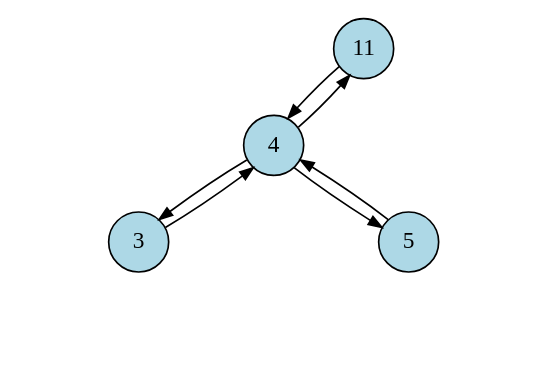
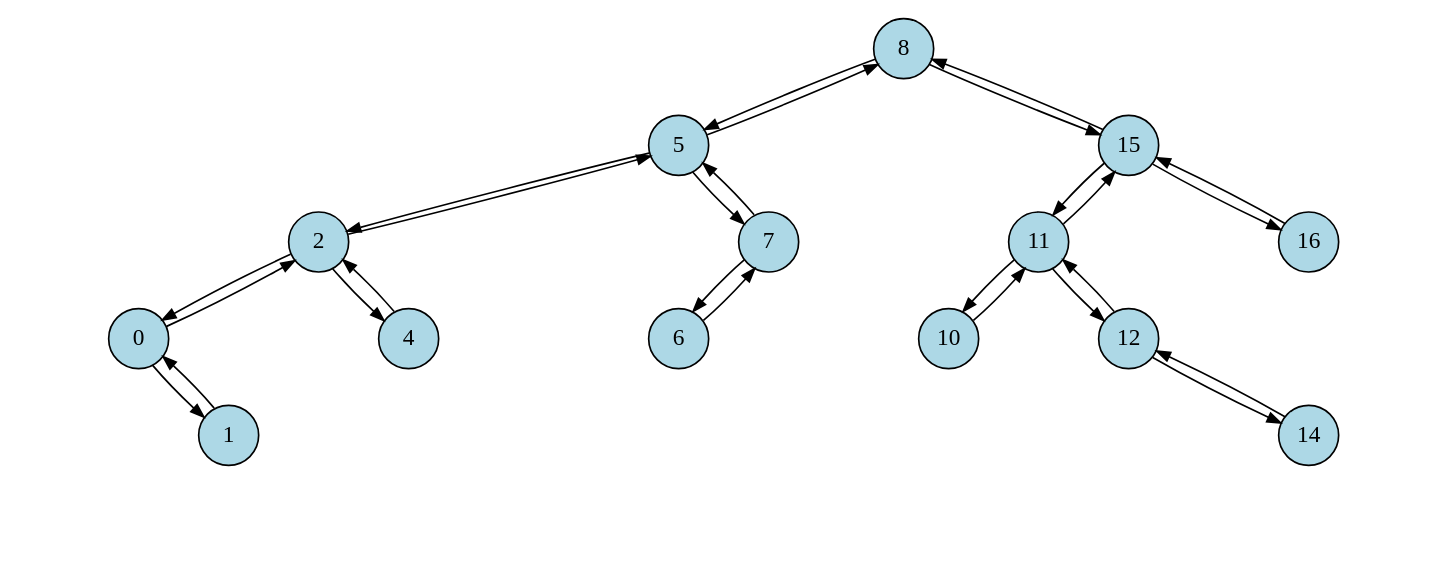
The diagram in kmom07/tree/tree.dot (mahlen007/oopython), drawn with Graphviz before and after one commit. The commit also changed 3 other files, not shown here.

```diff
--- a/kmom07/tree/tree.dot
+++ b/kmom07/tree/tree.dot
@@ -16,106 +16,356 @@
   color=black
 ];
 
-140350019338800 [
-  label="11"
+139757838205392 [
+  label="8"
 ];
-140350019338576 [
-  label="4"
+139757838205296 [
+  label="5"
 ];
-140350019338544 [
-  label="3"
+139757838205200 [
+  label="2"
 ];
-140350014342960 [
+139757838205136 [
+  label="0"
+];
+139757833530672 [
   label="i1"
   style="invis"
 ];
-140350014661872 [
+139757833531056 [
   label="i2"
   style="invis"
 ];
-140350014662192 [
+139757838205168 [
+  label="1"
+];
+139757833531632 [
   label="i3"
   style="invis"
 ];
-140350014662640 [
+139757833532016 [
   label="i4"
   style="invis"
 ];
-140350019338608 [
-  label="5"
-];
-140350014663216 [
+139757833532336 [
   label="i5"
   style="invis"
 ];
-140350014663536 [
+139757833532784 [
   label="i6"
   style="invis"
 ];
-140350014663856 [
+139757838205264 [
+  label="4"
+];
+139757833533360 [
   label="i7"
   style="invis"
 ];
-140350014664368 [
+139757833533744 [
   label="i8"
   style="invis"
 ];
-140350014664752 [
+139757833534064 [
   label="i9"
   style="invis"
 ];
-140350019338576 -> 140350019338800 [
+139757833534576 [
+  label="i10"
+  style="invis"
+];
+139757838205360 [
+  label="7"
+];
+139757838205328 [
+  label="6"
+];
+139757833535408 [
+  label="i11"
+  style="invis"
+];
+139757833585008 [
+  label="i12"
+  style="invis"
+];
+139757833585328 [
+  label="i13"
+  style="invis"
+];
+139757833585712 [
+  label="i14"
+  style="invis"
+];
+139757833586096 [
+  label="i15"
+  style="invis"
+];
+139757833586608 [
+  label="i16"
+  style="invis"
+];
+139757838205616 [
+  label="15"
+];
+139757838205488 [
+  label="11"
+];
+139757838205456 [
+  label="10"
+];
+139757833587696 [
+  label="i17"
+  style="invis"
+];
+139757833588080 [
+  label="i18"
+  style="invis"
+];
+139757833588400 [
+  label="i19"
+  style="invis"
+];
+139757833588784 [
+  label="i20"
+  style="invis"
+];
+139757838205520 [
+  label="12"
+];
+139757833589360 [
+  label="i21"
+  style="invis"
+];
+139757833589744 [
+  label="i22"
+  style="invis"
+];
+139757838205584 [
+  label="14"
+];
+139757833590256 [
+  label="i23"
+  style="invis"
+];
+139757833590640 [
+  label="i24"
+  style="invis"
+];
+139757833590960 [
+  label="i25"
+  style="invis"
+];
+139757833591600 [
+  label="i26"
+  style="invis"
+];
+139757838205648 [
+  label="16"
+];
+139757833592176 [
+  label="i27"
+  style="invis"
+];
+139757833592560 [
+  label="i28"
+  style="invis"
+];
+139757833592880 [
+  label="i29"
+  style="invis"
+];
+139757838205296 -> 139757838205392 [
 
 ];
-140350019338544 -> 140350019338576 [
+139757838205200 -> 139757838205296 [
 
 ];
-140350019338544 -> 140350014342960 [
+139757838205136 -> 139757838205200 [
+
+];
+139757838205136 -> 139757833530672 [
   style="invis"
   weight="5"
 ];
-140350019338544 -> 140350014661872 [
+139757838205136 -> 139757833531056 [
   style="invis"
   weight="5"
 ];
-140350019338544 -> 140350014662192 [
+139757838205168 -> 139757838205136 [
+
+];
+139757838205168 -> 139757833531632 [
   style="invis"
   weight="5"
 ];
-140350019338576 -> 140350019338544 [
-
-];
-140350019338576 -> 140350014662640 [
+139757838205168 -> 139757833532016 [
   style="invis"
   weight="5"
 ];
-140350019338608 -> 140350019338576 [
-
-];
-140350019338608 -> 140350014663216 [
+139757838205168 -> 139757833532336 [
   style="invis"
   weight="5"
 ];
-140350019338608 -> 140350014663536 [
+139757838205136 -> 139757838205168 [
+
+];
+139757838205200 -> 139757838205136 [
+
+];
+139757838205200 -> 139757833532784 [
   style="invis"
   weight="5"
 ];
-140350019338608 -> 140350014663856 [
+139757838205264 -> 139757838205200 [
+
+];
+139757838205264 -> 139757833533360 [
   style="invis"
   weight="5"
 ];
-140350019338576 -> 140350019338608 [
-
-];
-140350019338800 -> 140350019338576 [
-
-];
-140350019338800 -> 140350014664368 [
+139757838205264 -> 139757833533744 [
   style="invis"
   weight="5"
 ];
-140350019338800 -> 140350014664752 [
+139757838205264 -> 139757833534064 [
   style="invis"
   weight="5"
 ];
+139757838205200 -> 139757838205264 [
+
+];
+139757838205296 -> 139757838205200 [
+
+];
+139757838205296 -> 139757833534576 [
+  style="invis"
+  weight="5"
+];
+139757838205360 -> 139757838205296 [
+
+];
+139757838205328 -> 139757838205360 [
+
+];
+139757838205328 -> 139757833535408 [
+  style="invis"
+  weight="5"
+];
+139757838205328 -> 139757833585008 [
+  style="invis"
+  weight="5"
+];
+139757838205328 -> 139757833585328 [
+  style="invis"
+  weight="5"
+];
+139757838205360 -> 139757838205328 [
+
+];
+139757838205360 -> 139757833585712 [
+  style="invis"
+  weight="5"
+];
+139757838205360 -> 139757833586096 [
+  style="invis"
+  weight="5"
+];
+139757838205296 -> 139757838205360 [
+
+];
+139757838205392 -> 139757838205296 [
+
+];
+139757838205392 -> 139757833586608 [
+  style="invis"
+  weight="5"
+];
+139757838205616 -> 139757838205392 [
+
+];
+139757838205488 -> 139757838205616 [
+
+];
+139757838205456 -> 139757838205488 [
+
+];
+139757838205456 -> 139757833587696 [
+  style="invis"
+  weight="5"
+];
+139757838205456 -> 139757833588080 [
+  style="invis"
+  weight="5"
+];
+139757838205456 -> 139757833588400 [
+  style="invis"
+  weight="5"
+];
+139757838205488 -> 139757838205456 [
+
+];
+139757838205488 -> 139757833588784 [
+  style="invis"
+  weight="5"
+];
+139757838205520 -> 139757838205488 [
+
+];
+139757838205520 -> 139757833589360 [
+  style="invis"
+  weight="5"
+];
+139757838205520 -> 139757833589744 [
+  style="invis"
+  weight="5"
+];
+139757838205584 -> 139757838205520 [
+
+];
+139757838205584 -> 139757833590256 [
+  style="invis"
+  weight="5"
+];
+139757838205584 -> 139757833590640 [
+  style="invis"
+  weight="5"
+];
+139757838205584 -> 139757833590960 [
+  style="invis"
+  weight="5"
+];
+139757838205520 -> 139757838205584 [
+
+];
+139757838205488 -> 139757838205520 [
+
+];
+139757838205616 -> 139757838205488 [
+
+];
+139757838205616 -> 139757833591600 [
+  style="invis"
+  weight="5"
+];
+139757838205648 -> 139757838205616 [
+
+];
+139757838205648 -> 139757833592176 [
+  style="invis"
+  weight="5"
+];
+139757838205648 -> 139757833592560 [
+  style="invis"
+  weight="5"
+];
+139757838205648 -> 139757833592880 [
+  style="invis"
+  weight="5"
+];
+139757838205616 -> 139757838205648 [
+
+];
+139757838205392 -> 139757838205616 [
+
+];
 }
```
